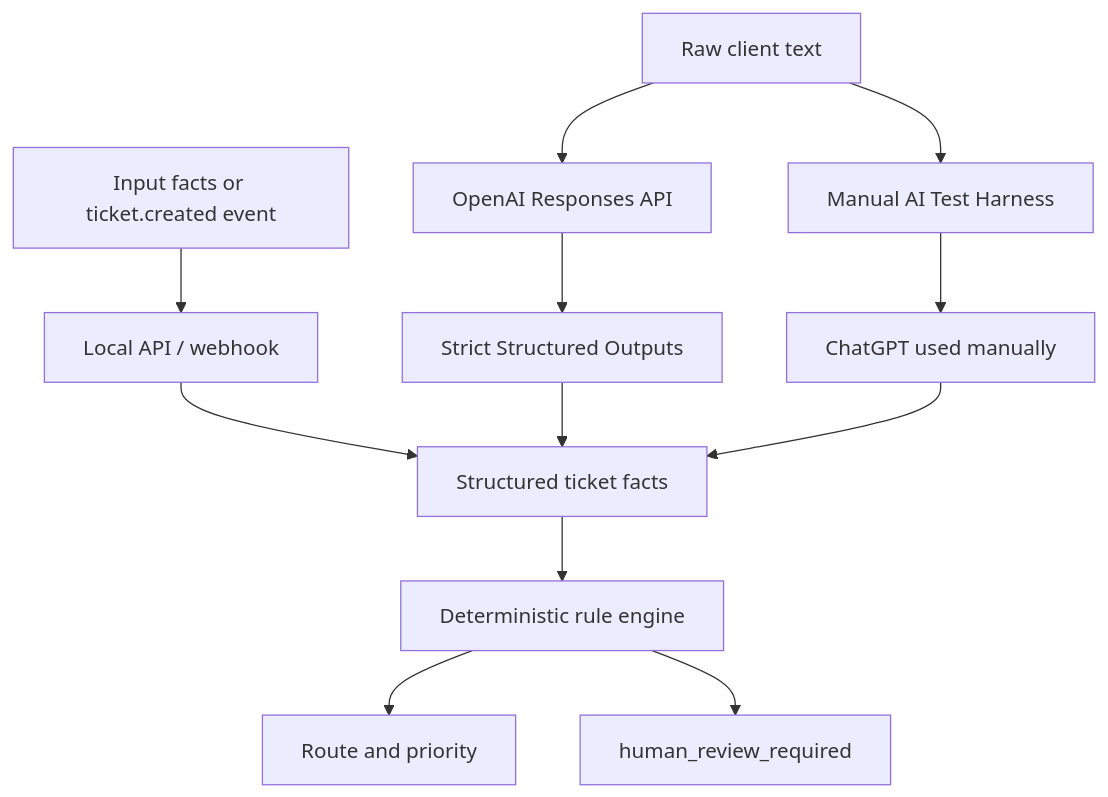
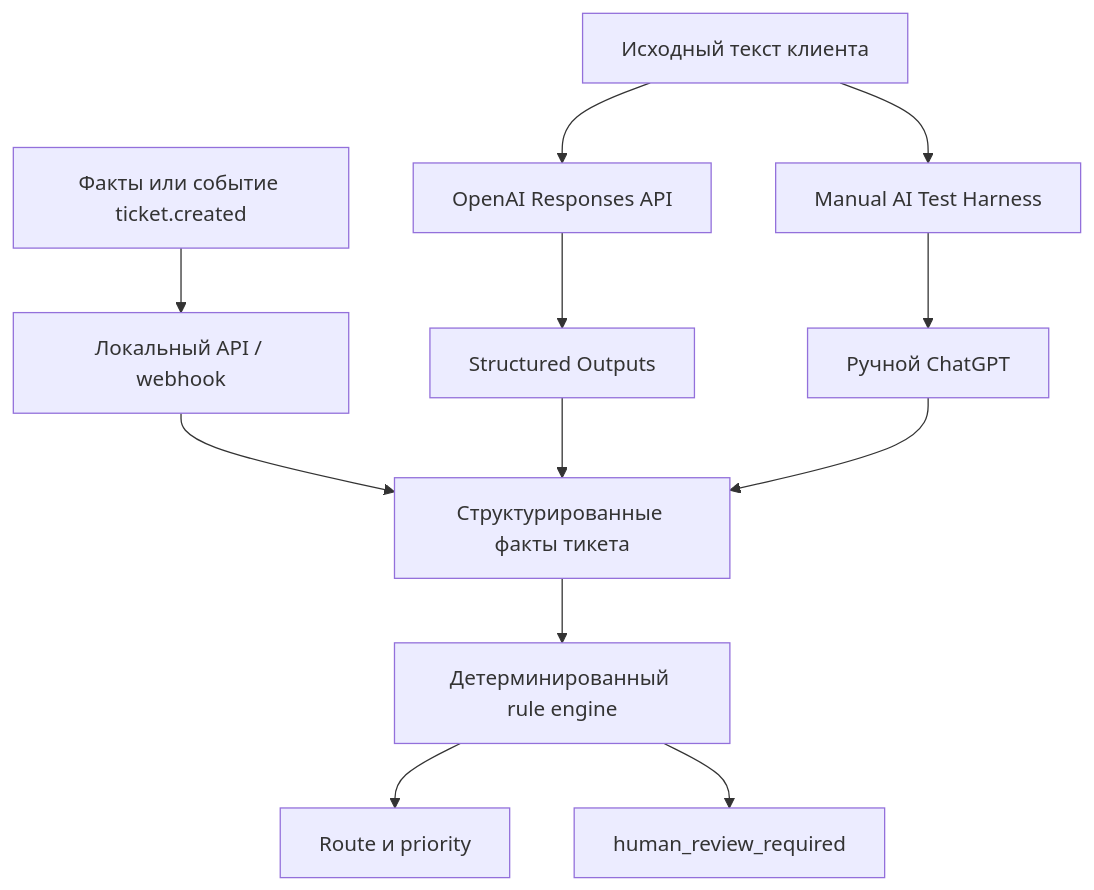
One commit to RomanSloq/support-automation-lab changed the diagram in docs/architecture.md. Above: the diagram before and after it, drawn with Mermaid. The commit also changed other lines of this file and 10 other files, not shown here.

````diff
--- a/docs/architecture.md
+++ b/docs/architecture.md
@@ -3,16 +3,14 @@
 ```mermaid
 flowchart TD
-    A[Input facts or ticket.created event] --> B[Local API / webhook]
-    B --> C[Structured ticket facts]
-    C --> D[Deterministic rule engine]
-    D --> E[Route and priority]
+    A[Факты или событие ticket.created] --> B[Локальный API / webhook]
+    B --> C[Структурированные факты тикета]
+    C --> D[Детерминированный rule engine]
+    D --> E[Route и priority]
     D --> F[human_review_required]
-
-    G[Raw client text] --> H[OpenAI Responses API]
-    H --> I[Strict Structured Outputs]
+    G[Исходный текст клиента] --> H[OpenAI Responses API]
+    H --> I[Structured Outputs]
     I --> C
-
     G --> J[Manual AI Test Harness]
-    J --> K[ChatGPT used manually]
+    J --> K[Ручной ChatGPT]
     K --> C
 ```
````
